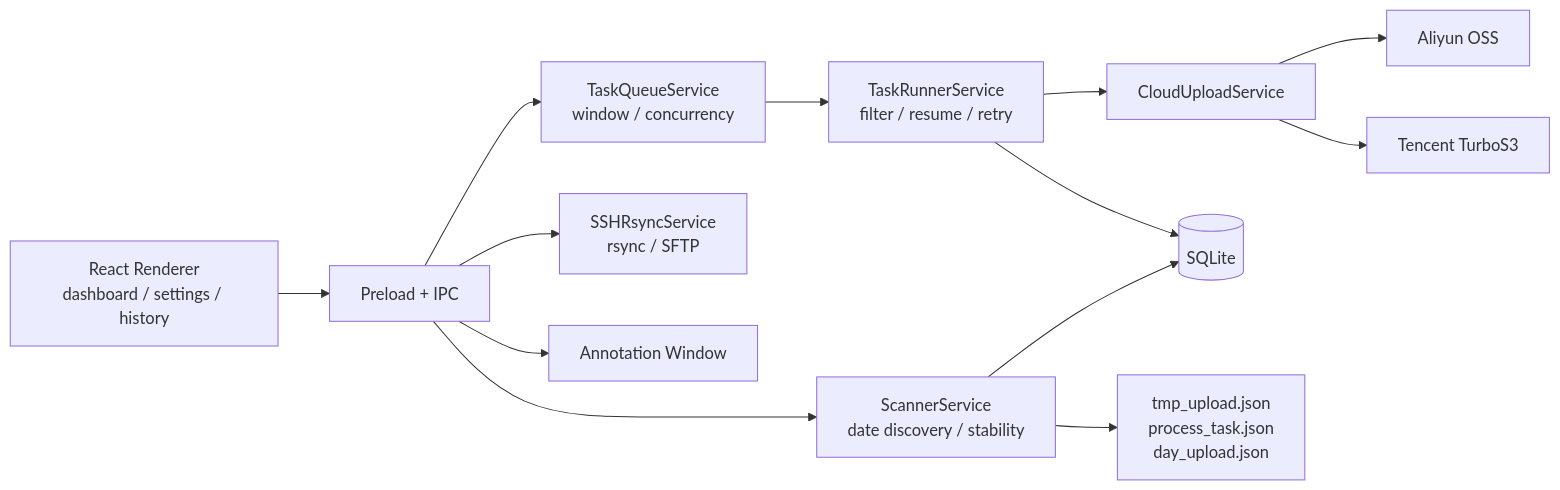
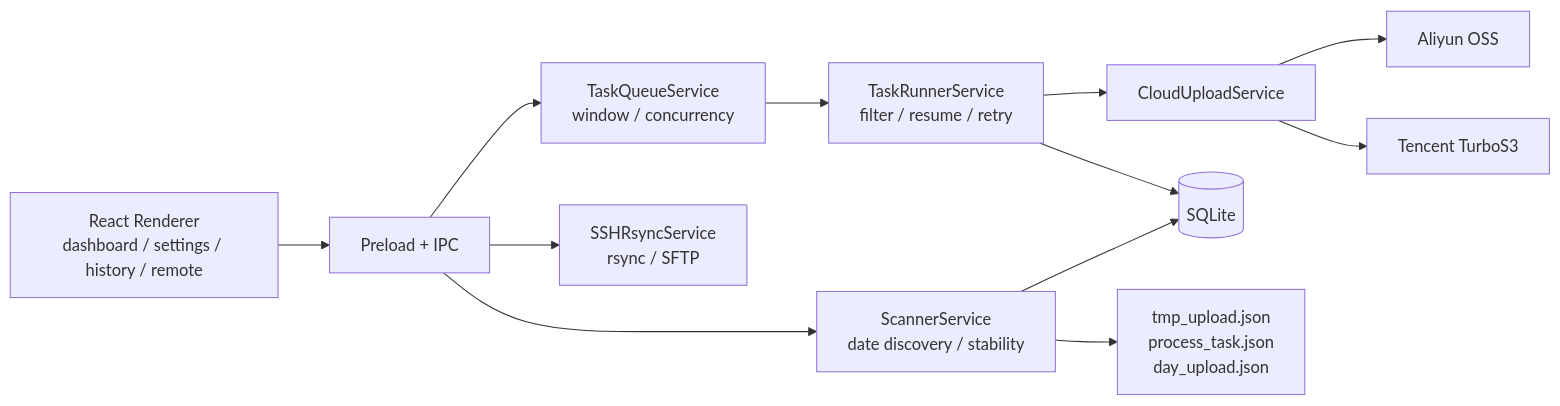
The diagram in README.md (MzKyle/Auto-Upload-Studio), drawn with Mermaid before and after one commit. The commit also changed other lines of this file and 34 other files, not shown here.

````diff
--- a/README.md
+++ b/README.md
@@ -126,15 +135,14 @@
 ```mermaid
 flowchart LR
-  UI["React Renderer<br/>dashboard / settings / history"] --> IPC["Preload + IPC"]
+  UI["React Renderer<br/>dashboard / settings / history / remote"] --> IPC["Preload + IPC"]
   IPC --> Scanner["ScannerService<br/>date discovery / stability"]
   IPC --> Queue["TaskQueueService<br/>window / concurrency"]
   Queue --> Runner["TaskRunnerService<br/>filter / resume / retry"]
   Runner --> Cloud["CloudUploadService"]
   Cloud --> Aliyun["Aliyun OSS"]
   Cloud --> Tencent["Tencent TurboS3"]
   IPC --> Remote["SSHRsyncService<br/>rsync / SFTP"]
-  IPC --> Annotation["Annotation Window"]
   Scanner --> DB[("SQLite")]
   Runner --> DB
   Scanner --> Marker["tmp_upload.json<br/>process_task.json<br/>day_upload.json"]
 ```
````
